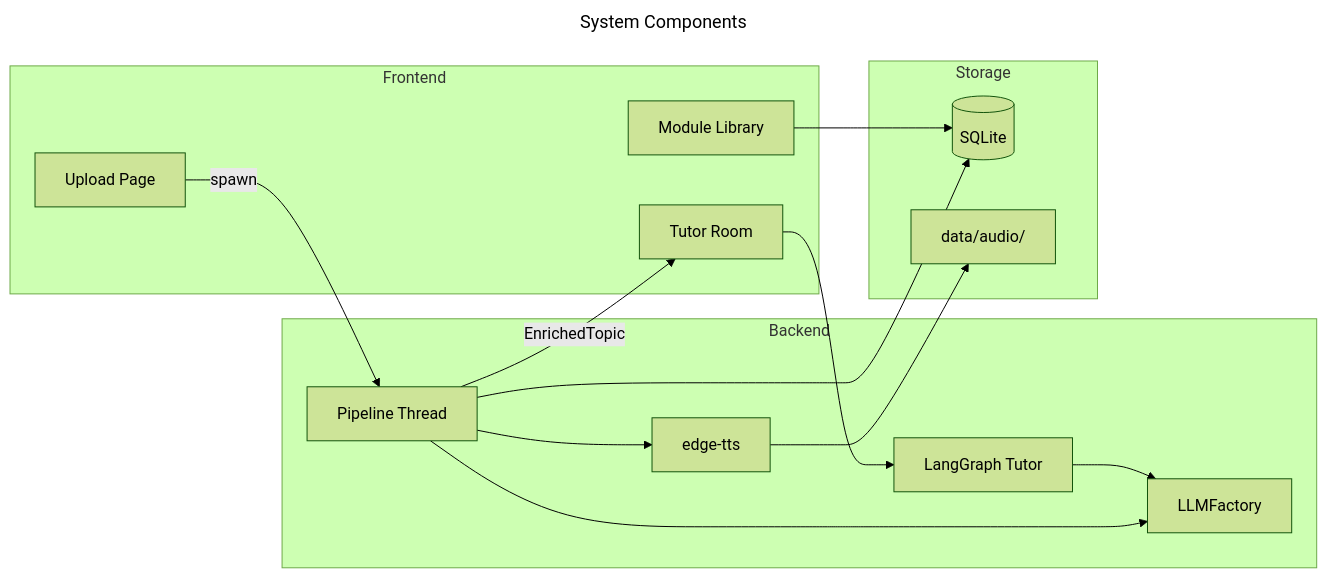
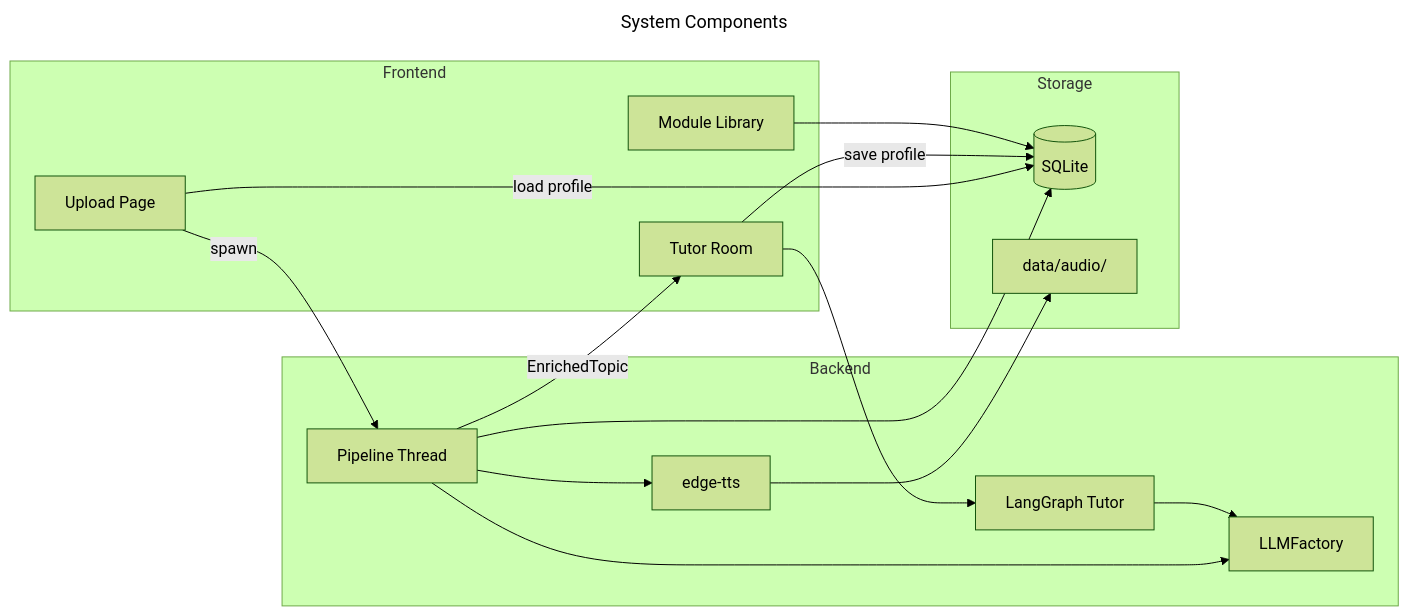
One commit to bijesh-p/deepl-ai-tutor changed the second of 7 diagrams in ARCHITECTURE.md. Above: the diagram before and after it, drawn with Mermaid (forest theme). The commit also changed other lines of this file and 6 other files, not shown here.

First line of the commit message:
[Phase 14] Personalised tutor: user profiles, abort on exit, diagram-aware audio

````diff
--- a/ARCHITECTURE.md
+++ b/ARCHITECTURE.md
@@ -66,33 +61,35 @@
 ```mermaid
 ---
 title: System Components
 ---
 flowchart LR
     subgraph Frontend
         UP[Upload Page]
         TUTOR[Tutor Room]
         LIB[Module Library]
     end
 
     subgraph Backend
         BG[Pipeline Thread]
         LG[LangGraph Tutor]
         LLM[LLMFactory]
         TTS[edge-tts]
     end
 
     subgraph Storage
         DB[(SQLite)]
         AUDIO[data/audio/]
     end
 
     UP -->|spawn| BG
+    UP -->|load profile| DB
     BG -->|EnrichedTopic| TUTOR
     TUTOR --> LG
     BG --> LLM
     BG --> TTS
     LG --> LLM
     TTS --> AUDIO
     BG --> DB
+    TUTOR -->|save profile| DB
     LIB --> DB
 ```
````
